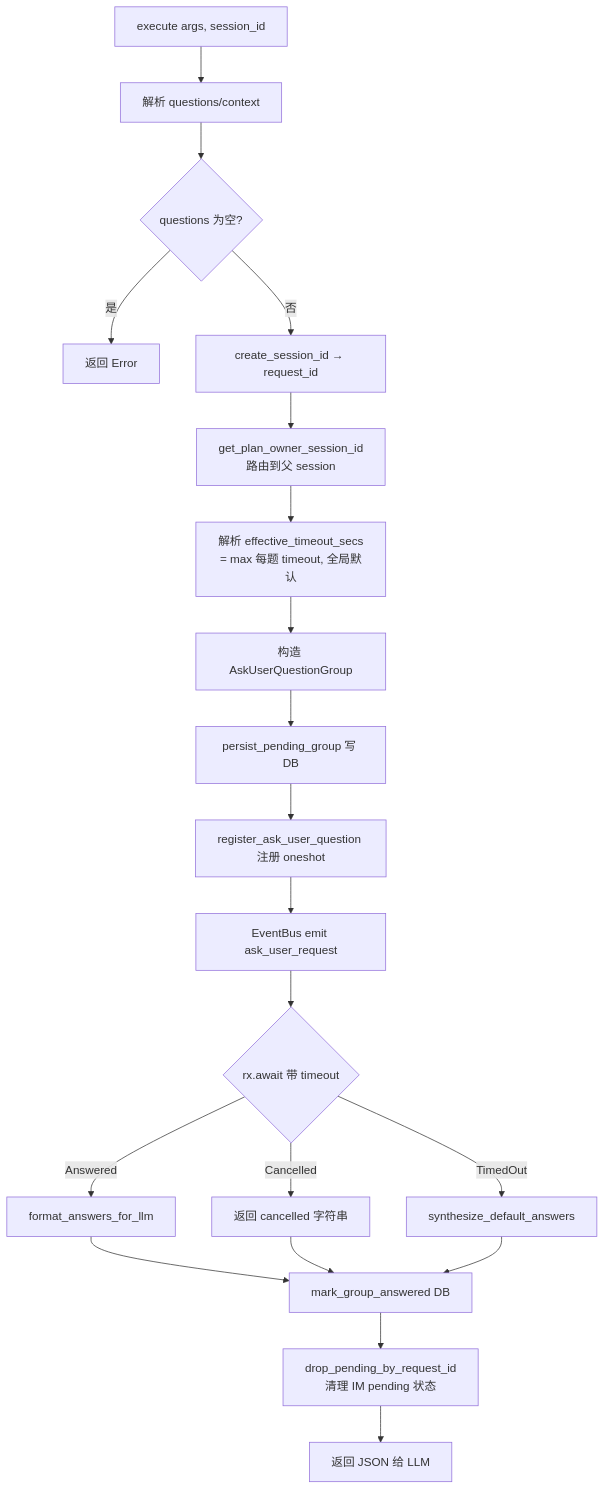
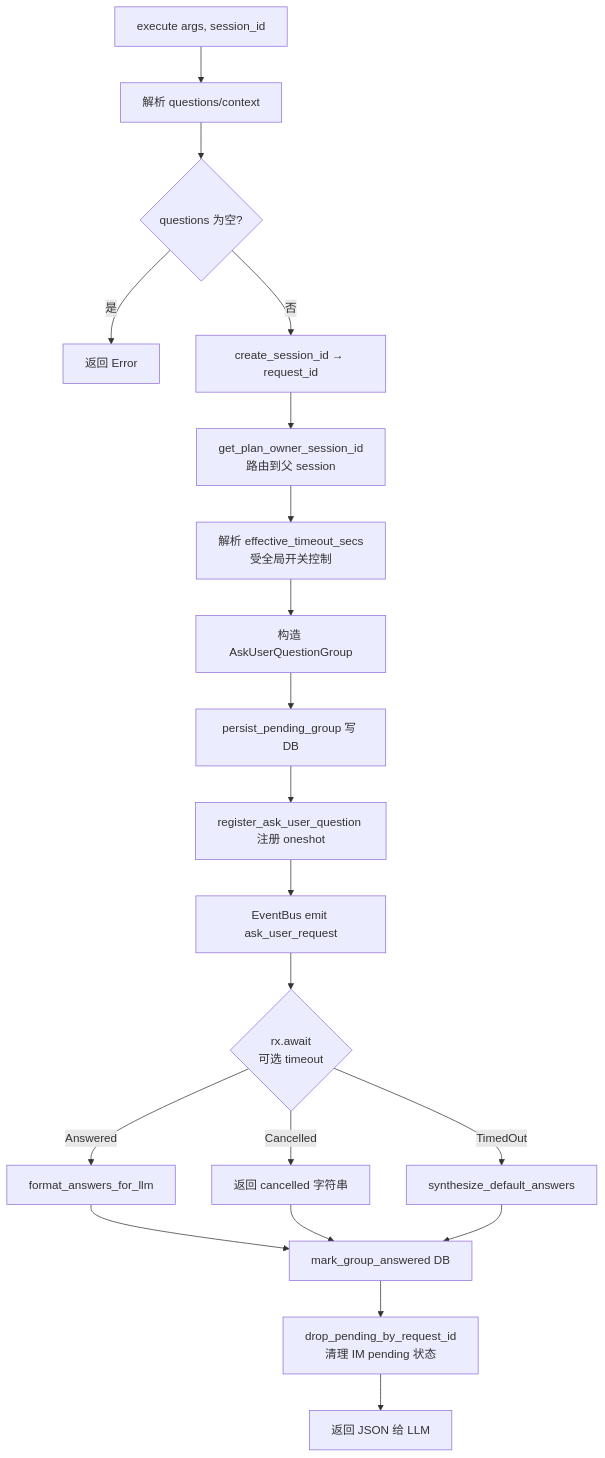
One commit to gabrielmoreira/agent-skills-mirror changed the diagram in mirrors/repos/shiwenwen@hope-agent/docs/architecture/ask-user.md. Above: the diagram before and after it, drawn with Mermaid. The commit also changed other lines of this file and 2596 other files, not shown here.

````diff
--- a/mirrors/repos/shiwenwen@hope-agent/docs/architecture/ask-user.md
+++ b/mirrors/repos/shiwenwen@hope-agent/docs/architecture/ask-user.md
@@ -189,22 +189,22 @@
 ```mermaid
 flowchart TD
     A[execute args, session_id] --> B[解析 questions/context]
     B --> C{questions 为空?}
     C -->|是| D[返回 Error]
     C -->|否| E[create_session_id → request_id]
     E --> F[get_plan_owner_session_id<br/>路由到父 session]
-    F --> G[解析 effective_timeout_secs<br/>= max 每题 timeout, 全局默认]
+    F --> G[解析 effective_timeout_secs<br/>受全局开关控制]
     G --> H[构造 AskUserQuestionGroup]
     H --> I[persist_pending_group 写 DB]
     I --> J[register_ask_user_question 注册 oneshot]
     J --> K[EventBus emit ask_user_request]
-    K --> L{rx.await 带 timeout}
+    K --> L{rx.await<br/>可选 timeout}
     L -->|Answered| M[format_answers_for_llm]
     L -->|Cancelled| N[返回 cancelled 字符串]
     L -->|TimedOut| O[synthesize_default_answers]
     M --> P[mark_group_answered DB]
     N --> P
     O --> P
     P --> Q[drop_pending_by_request_id<br/>清理 IM pending 状态]
     Q --> R[返回 JSON 给 LLM]
 ```
````
